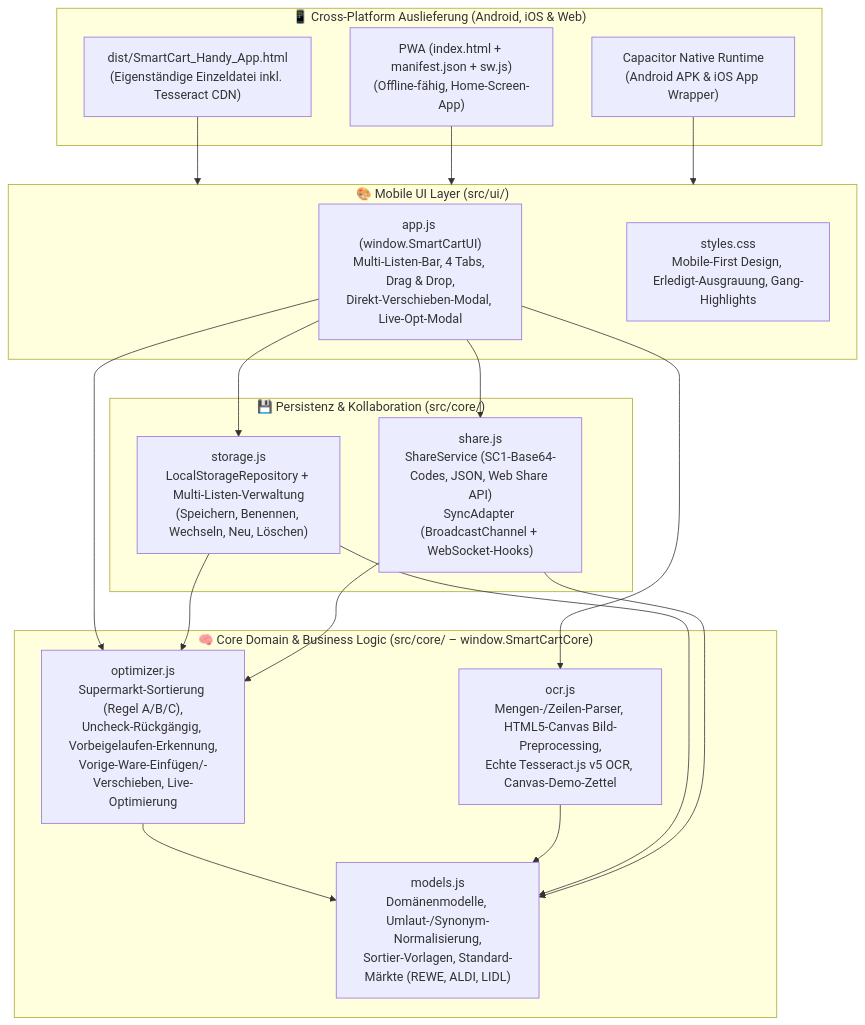
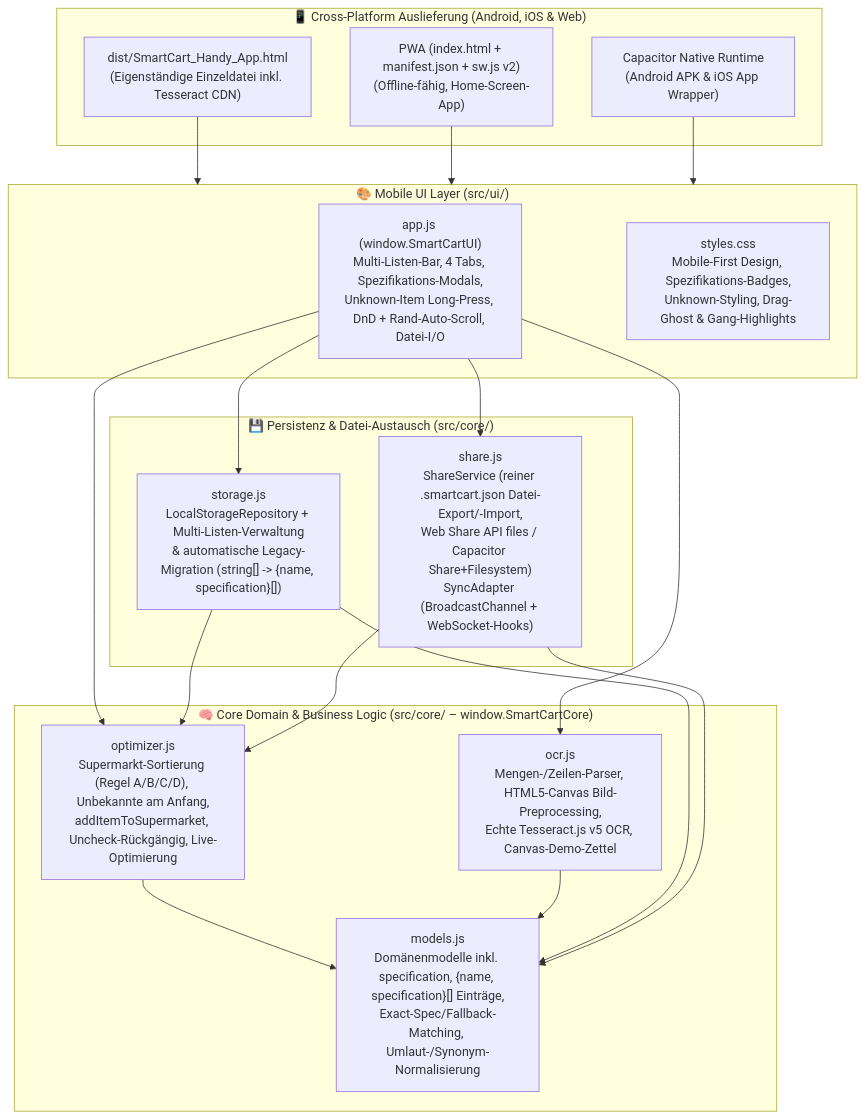
Before and after one commit to SunamTH/HandyEinkauf: the first of 3 diagrams in docs/ARCHITEKTUR_UND_DOKUMENTATION.md, drawn with Mermaid. The commit also changed other lines of this file and 21 other files, not shown here.

First line of the commit message:
feat(v1.1.0): Spezifikationen, unbekannte Waren + Long-Press, DnD Auto-Scroll & Datei-Export/-Import

````diff
--- a/docs/ARCHITEKTUR_UND_DOKUMENTATION.md
+++ b/docs/ARCHITEKTUR_UND_DOKUMENTATION.md
@@ -38,39 +43,39 @@
 ```mermaid
 flowchart TB
     subgraph CrossPlatform["📱 Cross-Platform Auslieferung (Android, iOS & Web)"]
         Standalone["dist/SmartCart_Handy_App.html<br/>(Eigenständige Einzeldatei inkl. Tesseract CDN)"]
-        PWA["PWA (index.html + manifest.json + sw.js)<br/>(Offline-fähig, Home-Screen-App)"]
+        PWA["PWA (index.html + manifest.json + sw.js v2)<br/>(Offline-fähig, Home-Screen-App)"]
         Capacitor["Capacitor Native Runtime<br/>(Android APK & iOS App Wrapper)"]
     end
 
     subgraph UILayer["🎨 Mobile UI Layer (src/ui/)"]
-        AppJS["app.js (window.SmartCartUI)<br/>Multi-Listen-Bar, 4 Tabs, Drag & Drop,<br/>Direkt-Verschieben-Modal, Live-Opt-Modal"]
-        StylesCSS["styles.css<br/>Mobile-First Design, Erledigt-Ausgrauung, Gang-Highlights"]
+        AppJS["app.js (window.SmartCartUI)<br/>Multi-Listen-Bar, 4 Tabs, Spezifikations-Modals,<br/>Unknown-Item Long-Press, DnD + Rand-Auto-Scroll, Datei-I/O"]
+        StylesCSS["styles.css<br/>Mobile-First Design, Spezifikations-Badges,<br/>Unknown-Styling, Drag-Ghost & Gang-Highlights"]
     end
 
     subgraph CoreLayer["🧠 Core Domain & Business Logic (src/core/ – window.SmartCartCore)"]
-        Models["models.js<br/>Domänenmodelle, Umlaut-/Synonym-Normalisierung,<br/>Sortier-Vorlagen, Standard-Märkte (REWE, ALDI, LIDL)"]
-        Optimizer["optimizer.js<br/>Supermarkt-Sortierung (Regel A/B/C),<br/>Uncheck-Rückgängig, Vorbeigelaufen-Erkennung,<br/>Vorige-Ware-Einfügen/-Verschieben, Live-Optimierung"]
+        Models["models.js<br/>Domänenmodelle inkl. specification, {name, specification}[] Einträge,<br/>Exact-Spec/Fallback-Matching, Umlaut-/Synonym-Normalisierung"]
+        Optimizer["optimizer.js<br/>Supermarkt-Sortierung (Regel A/B/C/D), Unbekannte am Anfang,<br/>addItemToSupermarket, Uncheck-Rückgängig, Live-Optimierung"]
         OCR["ocr.js<br/>Mengen-/Zeilen-Parser, HTML5-Canvas Bild-Preprocessing,<br/>Echte Tesseract.js v5 OCR, Canvas-Demo-Zettel"]
     end
 
-    subgraph InfraLayer["💾 Persistenz & Kollaboration (src/core/)"]
-        Storage["storage.js<br/>LocalStorageRepository + Multi-Listen-Verwaltung<br/>(Speichern, Benennen, Wechseln, Neu, Löschen)"]
-        Share["share.js<br/>ShareService (SC1-Base64-Codes, JSON, Web Share API)<br/>SyncAdapter (BroadcastChannel + WebSocket-Hooks)"]
+    subgraph InfraLayer["💾 Persistenz & Datei-Austausch (src/core/)"]
+        Storage["storage.js<br/>LocalStorageRepository + Multi-Listen-Verwaltung<br/>& automatische Legacy-Migration (string[] -> {name, specification}[])"]
+        Share["share.js<br/>ShareService (reiner .smartcart.json Datei-Export/-Import,<br/>Web Share API files / Capacitor Share+Filesystem)<br/>SyncAdapter (BroadcastChannel + WebSocket-Hooks)"]
     end
 
     Standalone --> UILayer
     PWA --> UILayer
     Capacitor --> UILayer
 
     AppJS --> Optimizer
     AppJS --> OCR
     AppJS --> Storage
     AppJS --> Share
     Optimizer --> Models
     OCR --> Models
     Storage --> Models
     Storage --> Optimizer
     Share --> Models
     Share --> Optimizer
 ```
````
